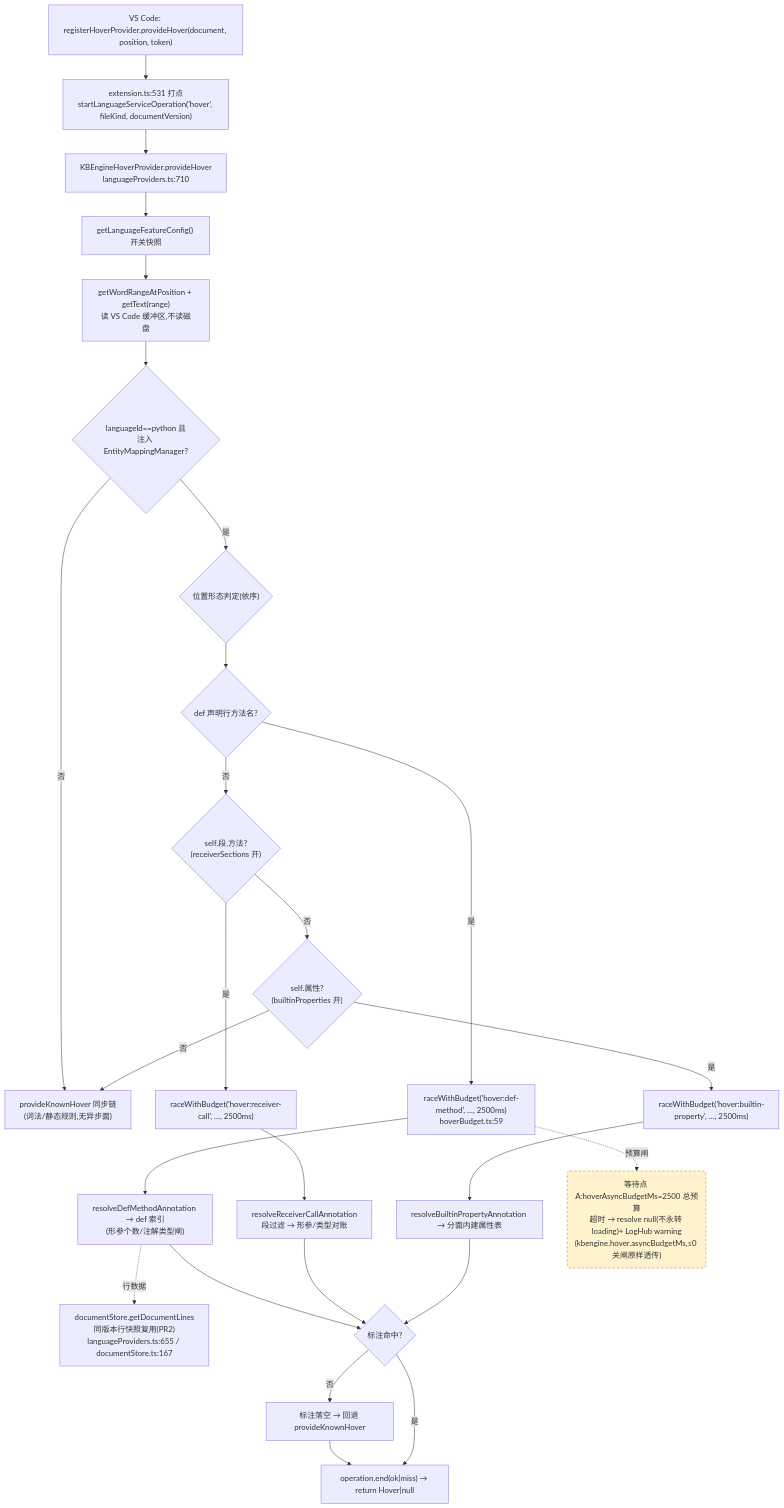
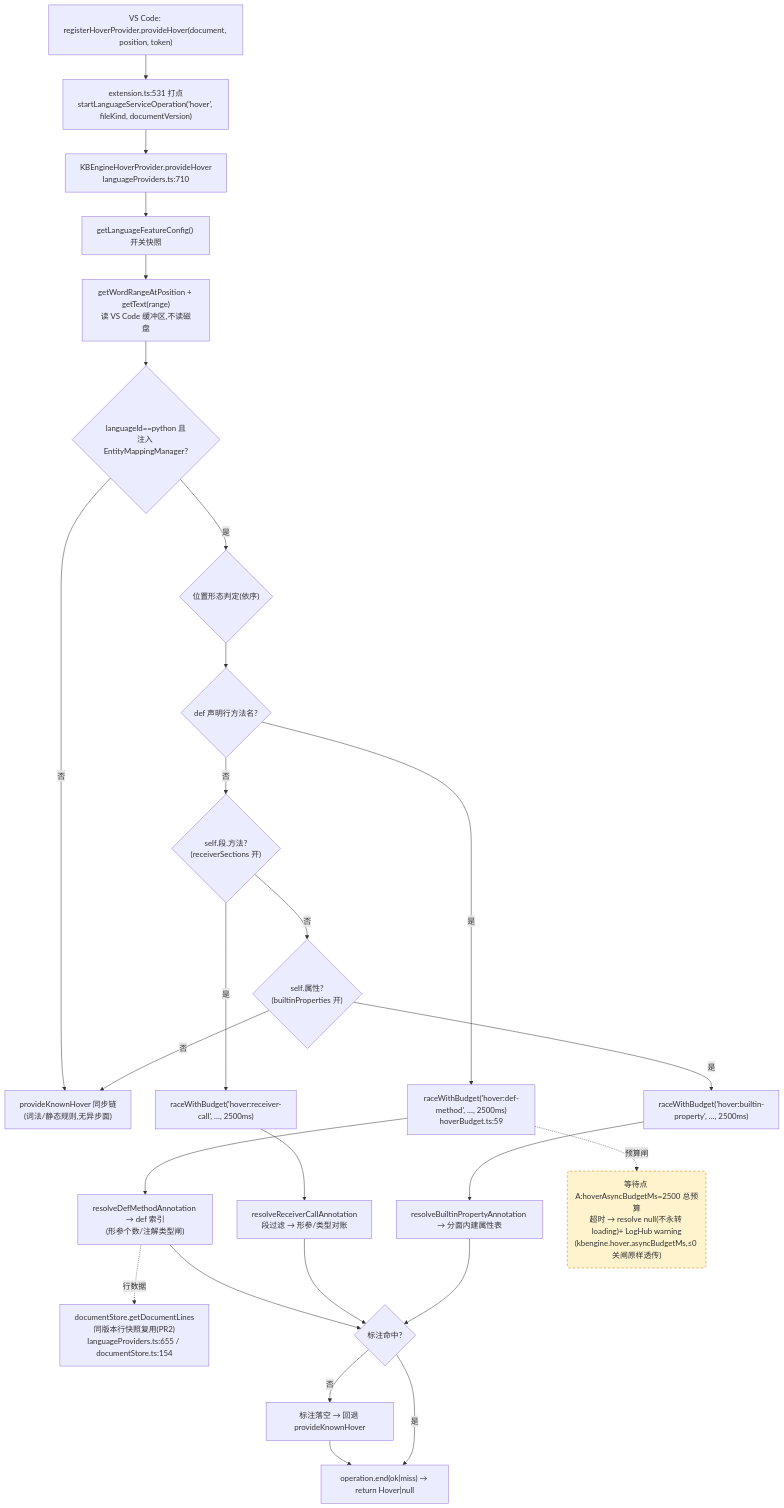
One commit to cuihairu/kode changed the first of 4 diagrams in docs/perf/2026-baseline.md. Above: the diagram before and after it, drawn with Mermaid. The commit also changed 6 other files, not shown here.

````diff
--- a/docs/perf/2026-baseline.md
+++ b/docs/perf/2026-baseline.md
@@ -82,45 +82,45 @@
 ```mermaid
 flowchart TD
   VC1["VS Code: registerHoverProvider.provideHover(document, position, token)"]
   M1["extension.ts:531 打点<br/>startLanguageServiceOperation('hover', fileKind, documentVersion)"]
   HP["KBEngineHoverProvider.provideHover<br/>languageProviders.ts:710"]
   CFG["getLanguageFeatureConfig() 开关快照"]
   WORD["getWordRangeAtPosition + getText(range)<br/>读 VS Code 缓冲区,不读磁盘"]
   BR{"languageId==python 且<br/>注入 EntityMappingManager?"}
   KN["provideKnownHover 同步链<br/>(词法/静态规则,无异步面)"]
   POS{"位置形态判定(依序)"}
   D1{"def 声明行方法名?"}
   D2{"self.段.方法?<br/>(receiverSections 开)"}
   D3{"self.属性?<br/>(builtinProperties 开)"}
   RA1["raceWithBudget('hover:def-method', …, 2500ms)<br/>hoverBudget.ts:59"]
   RA2["raceWithBudget('hover:receiver-call', …, 2500ms)"]
   RA3["raceWithBudget('hover:builtin-property', …, 2500ms)"]
   RS1["resolveDefMethodAnnotation → def 索引<br/>(形参个数/注解类型闸)"]
   RS2["resolveReceiverCallAnnotation<br/>段过滤 → 形参/类型对账"]
   RS3["resolveBuiltinPropertyAnnotation → 分面内建属性表"]
-  LINES["documentStore.getDocumentLines<br/>同版本行快照复用(PR2)<br/>languageProviders.ts:655 / documentStore.ts:167"]
+  LINES["documentStore.getDocumentLines<br/>同版本行快照复用(PR2)<br/>languageProviders.ts:655 / documentStore.ts:154"]
   MISS["标注落空 → 回退 provideKnownHover"]
   END1["operation.end(ok|miss) → return Hover|null"]
 
   VC1 --> M1 --> HP --> CFG --> WORD --> BR
   BR -- "否" --> KN
   BR -- "是" --> POS --> D1
   D1 -- "是" --> RA1 --> RS1
   D1 -- "否" --> D2
   D2 -- "是" --> RA2 --> RS2
   D2 -- "否" --> D3
   D3 -- "是" --> RA3 --> RS3
   D3 -- "否" --> KN
   RS1 --> HIT{"标注命中?"}
   RS2 --> HIT
   RS3 --> HIT
   RS1 -.->|行数据| LINES
   HIT -- "否" --> MISS --> END1
   HIT -- "是" --> END1
 
   WAITA("等待点 A:hoverAsyncBudgetMs=2500 总预算<br/>超时 → resolve null(不永转 loading)+ LogHub warning<br/>(kbengine.hover.asyncBudgetMs,≤0 关闸原样透传)")
   RA1 -.->|预算闸| WAITA
 
   classDef waitPoint fill:#fff3cd,stroke:#d97706,stroke-dasharray:5 4;
   class WAITA waitPoint;
 ```
````
